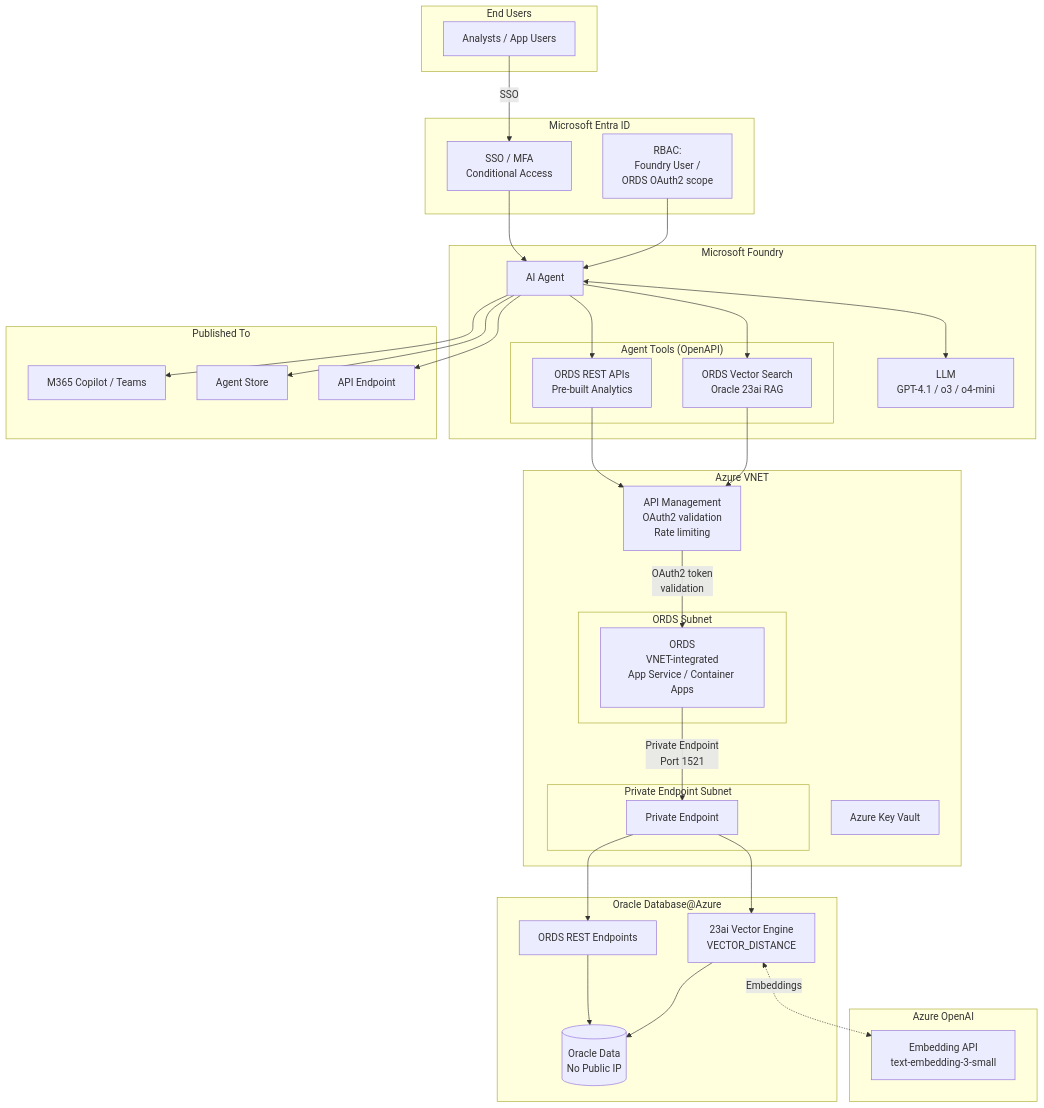
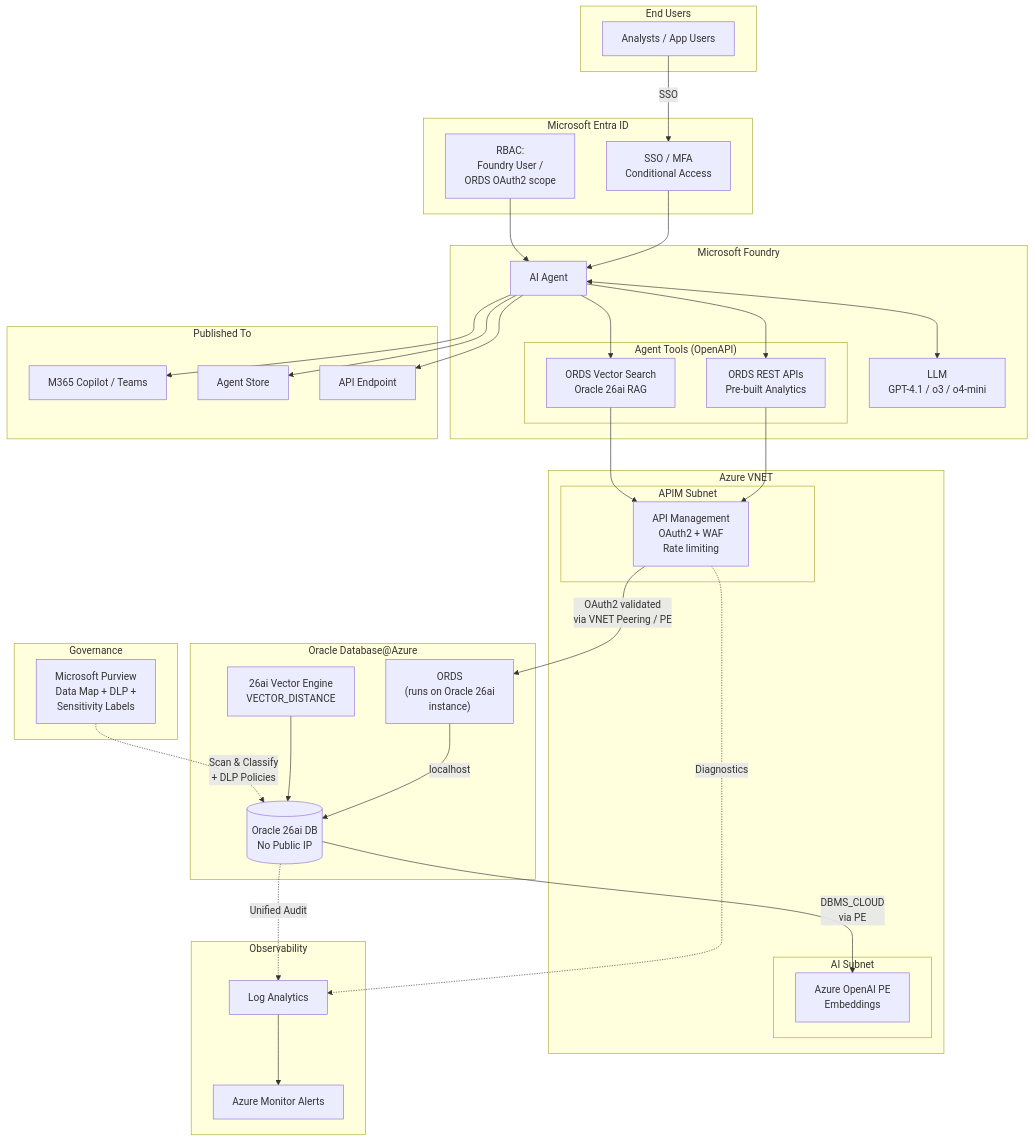
The third of 11 diagrams in docs/02-reference-architectures.md (ryellajo12/ODAA-AI-Playbook), drawn with Mermaid before and after one commit. The commit also changed other lines of this file, not shown here.

Commit message:
Update reference architectures: add Purview + Log Analytics, ORDS on 26ai, new patterns 1C/1D/1E, standardize to 26ai

````diff
--- a/docs/02-reference-architectures.md
+++ b/docs/02-reference-architectures.md
@@ -133,67 +147,71 @@
 ```mermaid
 graph TB
     subgraph Users["End Users"]
         EU["Analysts / App Users"]
     end
 
     subgraph EntraID["Microsoft Entra ID"]
         AUTH["SSO / MFA<br/>Conditional Access"]
         RBAC_E["RBAC:<br/>Foundry User /<br/>ORDS OAuth2 scope"]
     end
 
     subgraph Foundry["Microsoft Foundry"]
         AGENT["AI Agent"]
         LLM["LLM<br/>GPT-4.1 / o3 / o4-mini"]
 
         subgraph Tools["Agent Tools (OpenAPI)"]
             OPENAPI["ORDS REST APIs<br/>Pre-built Analytics"]
-            VSEARCH["ORDS Vector Search<br/>Oracle 23ai RAG"]
+            VSEARCH["ORDS Vector Search<br/>Oracle 26ai RAG"]
         end
     end
 
-    subgraph AOAI["Azure OpenAI"]
-        EMB["Embedding API<br/>text-embedding-3-small"]
-    end
-
     subgraph VNET["Azure VNET"]
-        subgraph ORDSSub["ORDS Subnet"]
-            ORDS["ORDS<br/>VNET-integrated<br/>App Service / Container Apps"]
+        subgraph APIMSub["APIM Subnet"]
+            APIM["API Management<br/>OAuth2 + WAF<br/>Rate limiting"]
         end
-        subgraph PESub["Private Endpoint Subnet"]
-            PE["Private Endpoint"]
+        subgraph AISub["AI Subnet"]
+            AOAI["Azure OpenAI PE<br/>Embeddings"]
         end
-        KV["Azure Key Vault"]
-        APIM["API Management<br/>OAuth2 validation<br/>Rate limiting"]
     end
 
     subgraph ODA["Oracle Database@Azure"]
-        ORDS_EP["ORDS REST Endpoints"]
-        VEC["23ai Vector Engine<br/>VECTOR_DISTANCE"]
-        DATA[("Oracle Data<br/>No Public IP")]
+        ORDS["ORDS<br/>(runs on Oracle 26ai<br/>instance)"]
+        VEC["26ai Vector Engine<br/>VECTOR_DISTANCE"]
+        DATA[("Oracle 26ai DB<br/>No Public IP")]
+        ORDS -->|localhost| DATA
+    end
+
+    subgraph Governance["Governance"]
+        PV["Microsoft Purview<br/>Data Map + DLP +<br/>Sensitivity Labels"]
+    end
+
+    subgraph Observability["Observability"]
+        LA["Log Analytics"]
+        AM["Azure Monitor Alerts"]
     end
 
     subgraph Publish["Published To"]
         M365["M365 Copilot / Teams"]
         STORE["Agent Store"]
         API["API Endpoint"]
     end
 
     EU -->|SSO| AUTH
     AUTH --> AGENT
     RBAC_E --> AGENT
     AGENT <--> LLM
     AGENT --> OPENAPI
     AGENT --> VSEARCH
     OPENAPI --> APIM
     VSEARCH --> APIM
-    APIM -->|OAuth2 token<br/>validation| ORDS
-    ORDS -->|Private Endpoint<br/>Port 1521| PE
-    PE --> ORDS_EP
-    PE --> VEC
-    VEC <-.->|Embeddings| EMB
-    ORDS_EP --> DATA
+    APIM -->|"OAuth2 validated<br/>via VNET Peering / PE"| ORDS
+    DATA -->|"DBMS_CLOUD<br/>via PE"| AOAI
     VEC --> DATA
     AGENT --> M365
     AGENT --> STORE
     AGENT --> API
+    PV -.->|"Scan & Classify<br/>+ DLP Policies"| DATA
+    APIM -.->|"Diagnostics"| LA
+    DATA -.->|"Unified Audit"| LA
+    LA --> AM
 ```
````
